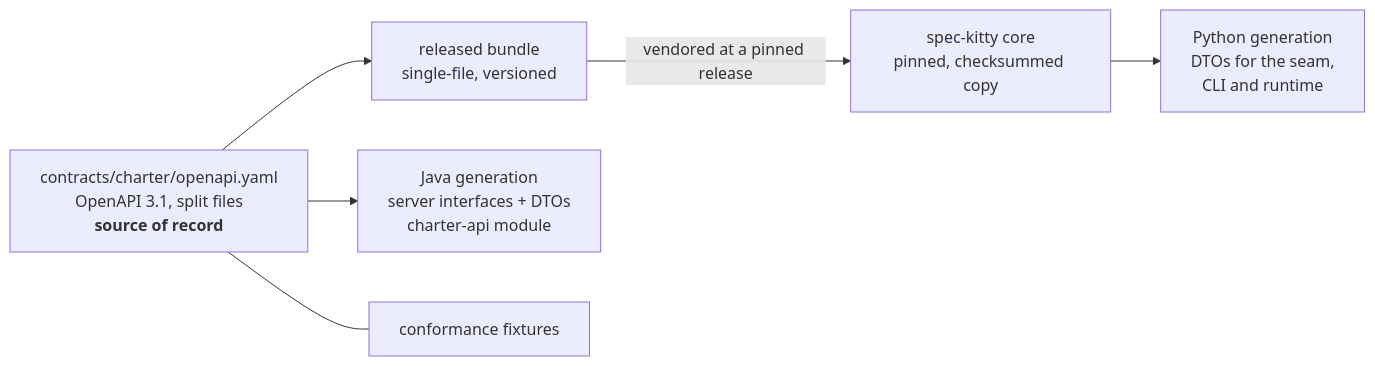
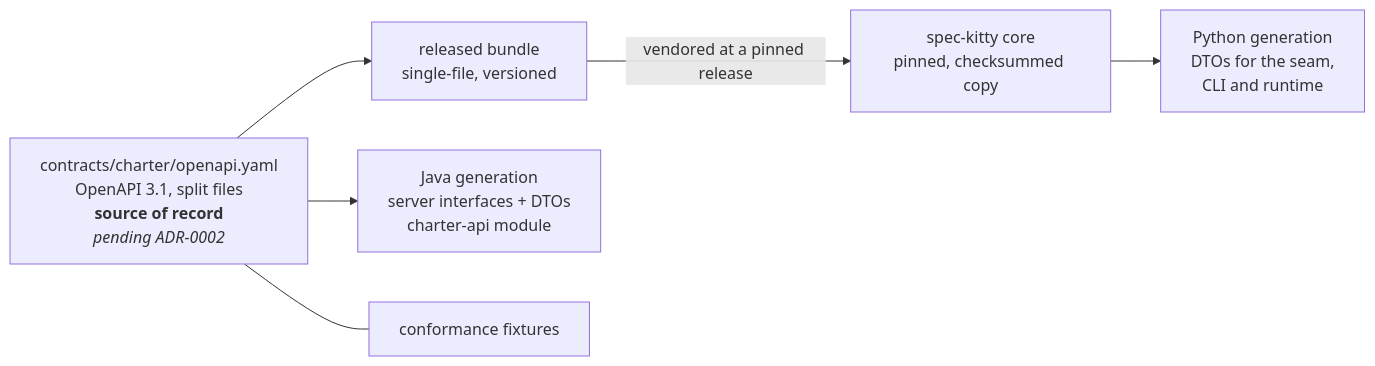
The diagram in docs/architecture/contract-and-dtos.md (spec-kitty/spec-kitty-charter), drawn with Mermaid before and after one commit. The commit also changed other lines of this file and 19 other files, not shown here.

````diff
--- a/docs/architecture/contract-and-dtos.md
+++ b/docs/architecture/contract-and-dtos.md
@@ -26,15 +26,15 @@
 ```mermaid
 flowchart LR
-  spec["contracts/charter/openapi.yaml<br/>OpenAPI 3.1, split files<br/><b>source of record</b>"]
+  spec["contracts/charter/openapi.yaml<br/>OpenAPI 3.1, split files<br/><b>source of record</b><br/><i>pending ADR-0002</i>"]
   bundle["released bundle<br/>single-file, versioned"]
   javagen["Java generation<br/>server interfaces + DTOs<br/>charter-api module"]
   core["spec-kitty core<br/>pinned, checksummed copy"]
   pygen["Python generation<br/>DTOs for the seam,<br/>CLI and runtime"]
   fixtures["conformance fixtures"]
 
   spec --> bundle
   spec --> javagen
   bundle -->|vendored at a pinned release| core
   core --> pygen
   spec --- fixtures
 ```
````
